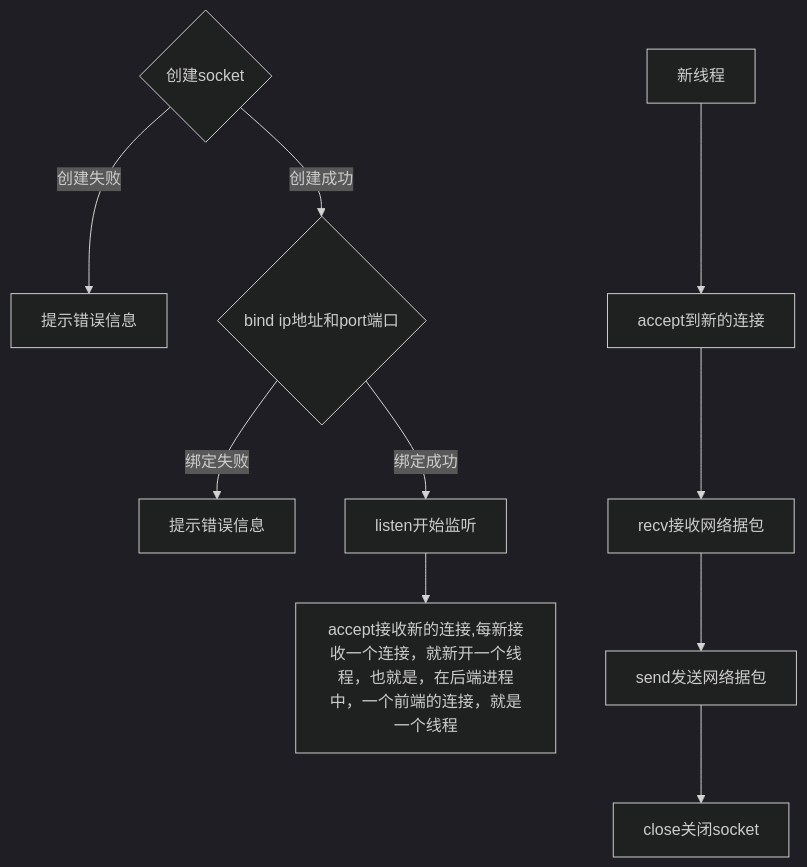
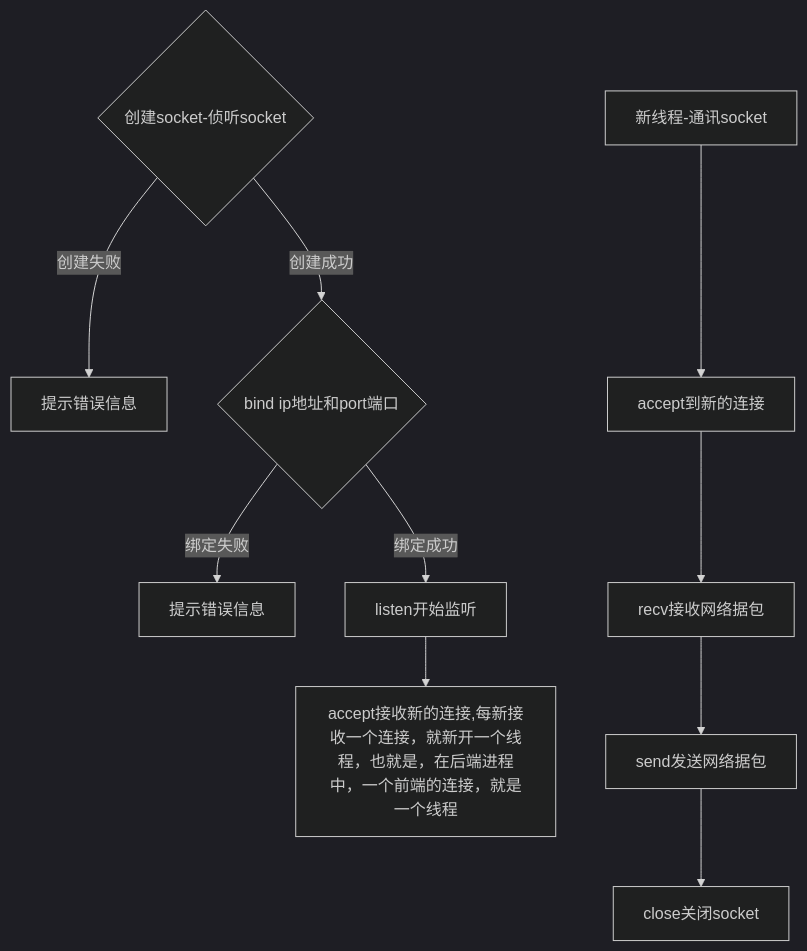
Before and after one commit to poker-x-studio/python_test_proj: the diagram in flowchart_socket_server1.md, drawn with Mermaid (dark theme). The commit also changed 1 other file, not shown here.

````diff
--- a/flowchart_socket_server1.md
+++ b/flowchart_socket_server1.md
@@ -5,16 +5,16 @@
 ```mermaid
 graph TD
 
-    create{创建socket} -->|创建失败| create_socker_error[提示错误信息]
+    create{创建socket-侦听socket} -->|创建失败| create_socker_error[提示错误信息]
     create -->|创建成功| bind{bind ip地址和port端口}
 
     bind -->|绑定失败| bind_ip_error[提示错误信息]
     bind -->|绑定成功| listen[listen开始监听]
 
     listen --> accept[accept接收新的连接,每新接收一个连接，就新开一个线程，也就是，在后端进程中，一个前端的连接，就是一个线程]
 
-    new_thread[新线程] --> new_socket[accept到新的连接]
+    new_thread[新线程-通讯socket] --> new_socket[accept到新的连接]
     new_socket --> recv[recv接收网络据包]
     recv[recv接收网络据包] --> send[send发送网络据包]
     send --> close[close关闭socket]
 ```
````
